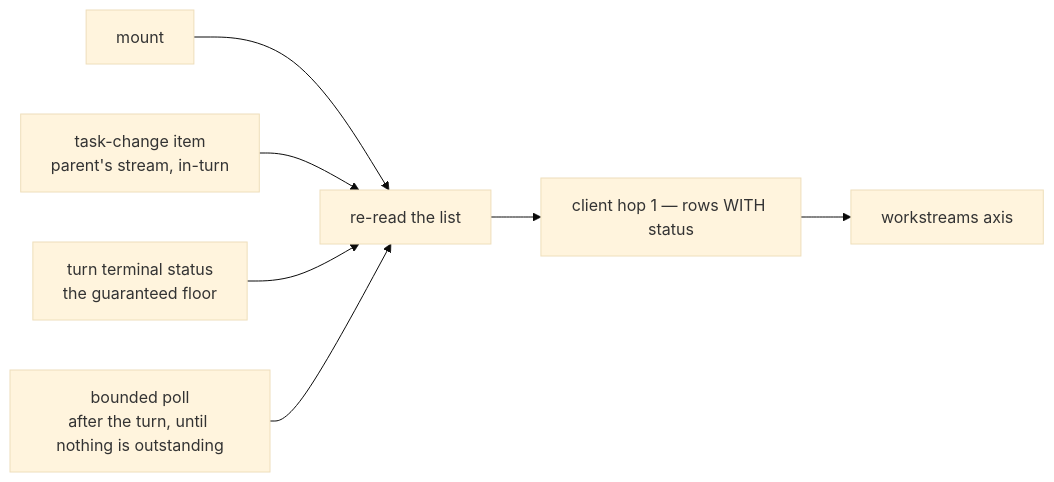
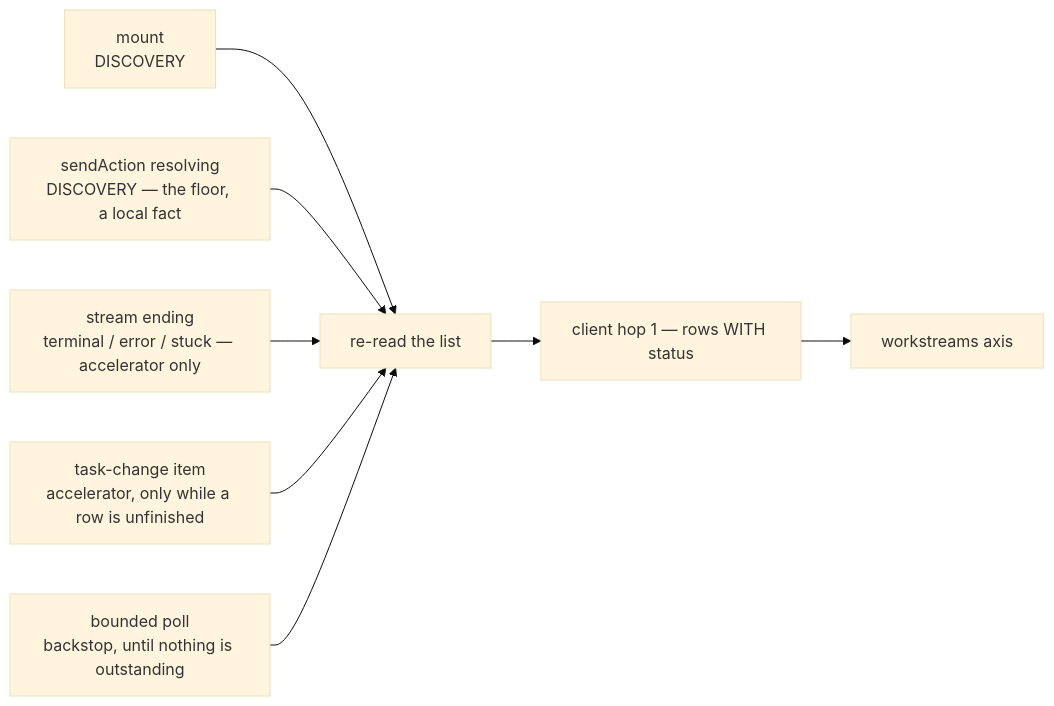
Before and after one commit to fixpoint-labs/flow-state-dev: the diagram in spec/FIX-1012.md, drawn with Mermaid (base theme). The commit also changed other lines of this file, not shown here.

````diff
--- a/spec/FIX-1012.md
+++ b/spec/FIX-1012.md
@@ -243,9 +263,10 @@
 ```mermaid
 flowchart LR
-  M[mount] --> RE[re-read the list]
-  TC["task-change item<br/>parent's stream, in-turn"] --> RE
-  TERM["turn terminal status<br/>the guaranteed floor"] --> RE
-  POLL["bounded poll<br/>after the turn, until nothing is outstanding"] --> RE
+  M["mount<br/>DISCOVERY"] --> RE[re-read the list]
+  SA["sendAction resolving<br/>DISCOVERY — the floor, a local fact"] --> RE
+  TERM["stream ending<br/>terminal / error / stuck — accelerator only"] --> RE
+  TC["task-change item<br/>accelerator, only while a row is unfinished"] --> RE
+  POLL["bounded poll<br/>backstop, until nothing is outstanding"] --> RE
   RE --> H1["client hop 1 — rows WITH status"]
   H1 --> WS[workstreams axis]
 ```
````
